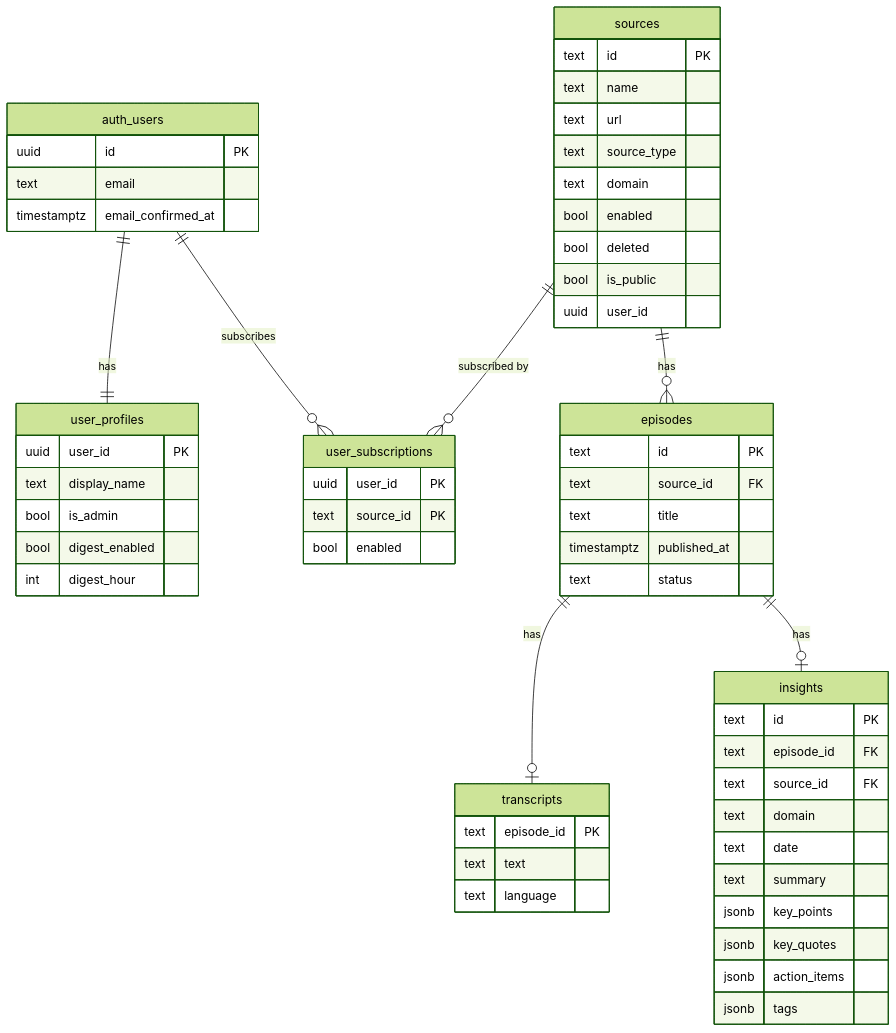
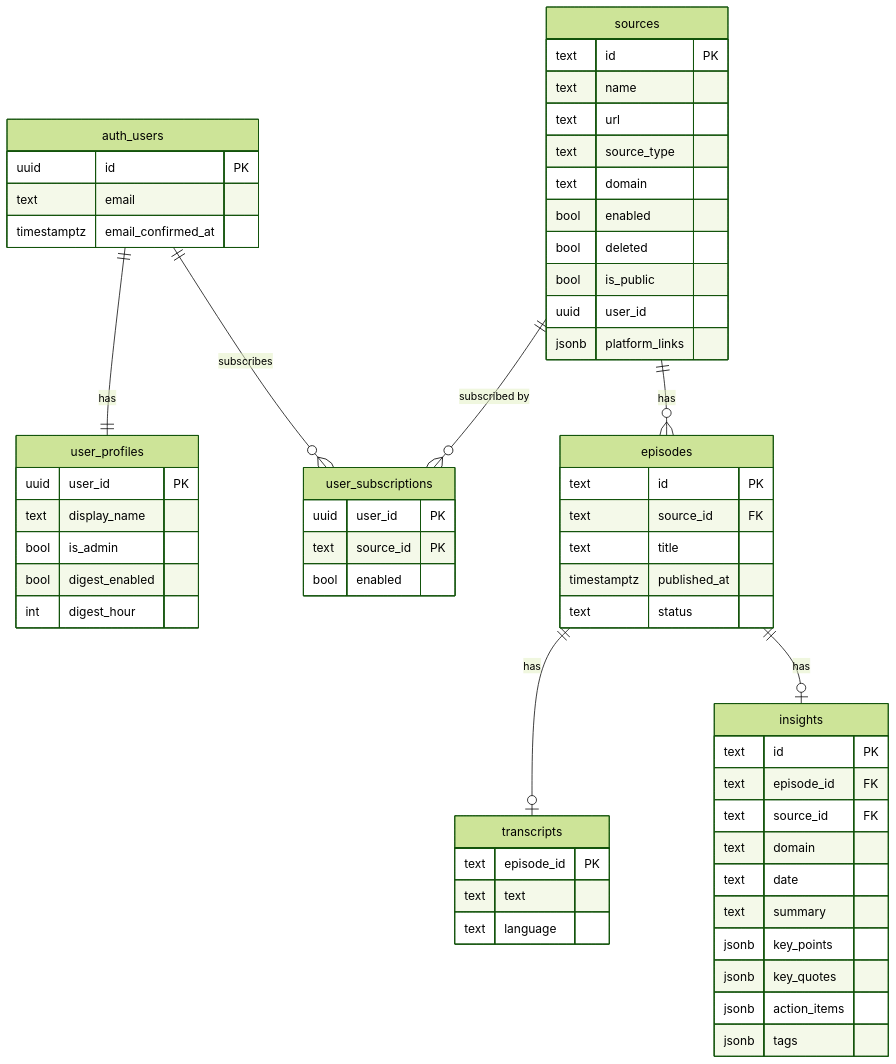
The second of 2 diagrams in docs/architecture.md (vtghub/PodcastsSummarizer), drawn with Mermaid (forest theme) before and after one commit. The commit also changed 2 other files, not shown here.

Commit message:
docs: update architecture and workflow diagrams post-PR #50

````diff
--- a/docs/architecture.md
+++ b/docs/architecture.md
@@ -120,62 +120,63 @@
 ```mermaid
 erDiagram
     auth_users {
         uuid id PK
         text email
         timestamptz email_confirmed_at
     }
     user_profiles {
         uuid user_id PK
         text display_name
         bool is_admin
         bool digest_enabled
         int  digest_hour
     }
     user_subscriptions {
         uuid user_id PK
         text source_id PK
         bool enabled
     }
     sources {
         text id PK
         text name
         text url
         text source_type
         text domain
         bool enabled
         bool deleted
         bool is_public
         uuid user_id
+        jsonb platform_links
     }
     episodes {
         text id PK
         text source_id FK
         text title
         timestamptz published_at
         text status
     }
     transcripts {
         text episode_id PK
         text text
         text language
     }
     insights {
         text id PK
         text episode_id FK
         text source_id FK
         text domain
         text date
         text summary
         jsonb key_points
         jsonb key_quotes
         jsonb action_items
         jsonb tags
     }
 
     auth_users ||--|| user_profiles : "has"
     auth_users ||--o{ user_subscriptions : "subscribes"
     sources ||--o{ user_subscriptions : "subscribed by"
     sources ||--o{ episodes : "has"
     episodes ||--o| transcripts : "has"
     episodes ||--o| insights : "has"
 ```
````
